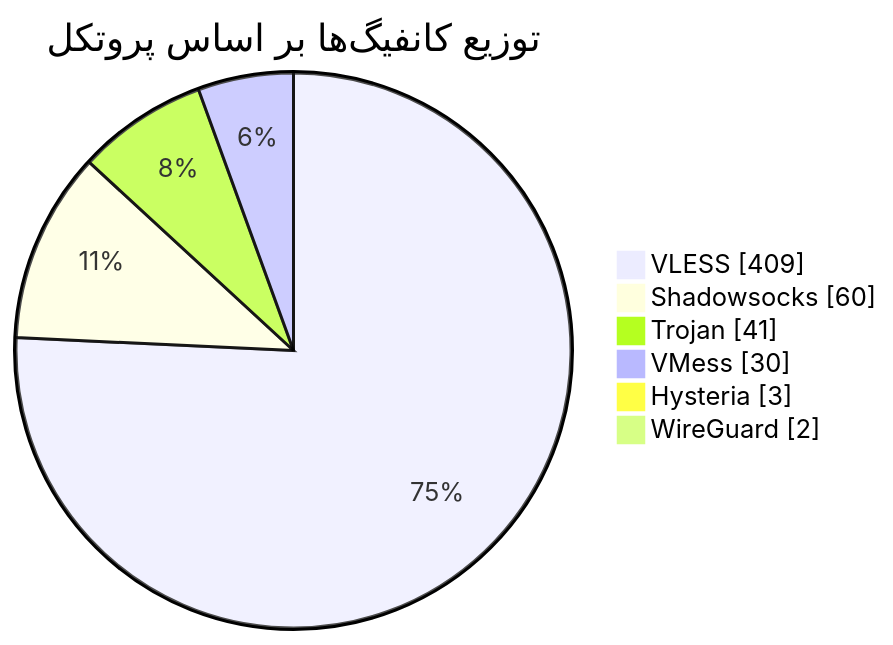
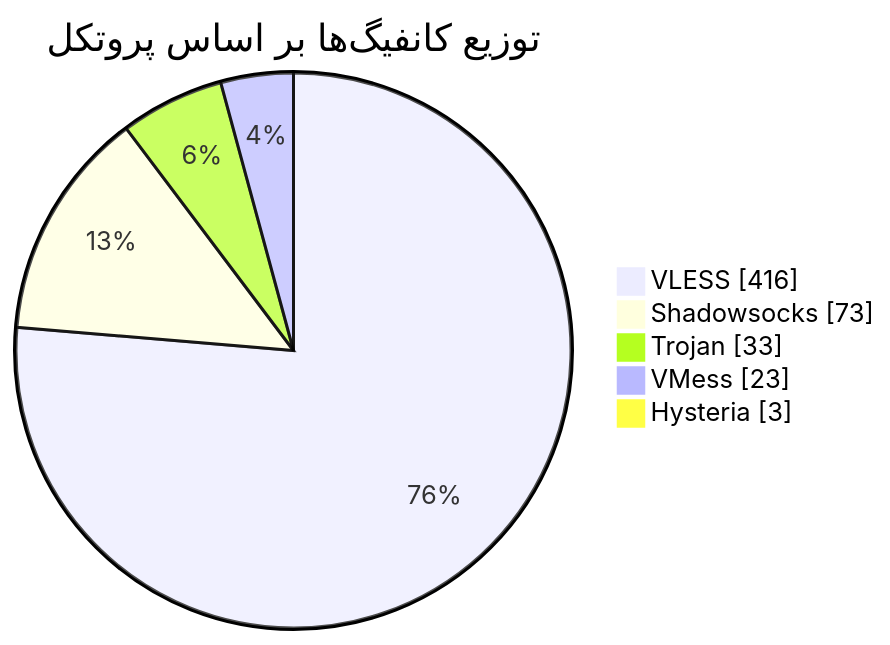
Before and after one commit to Arian-Alijani/Somthing: the diagram in README.md, drawn with Mermaid. The commit also changed other lines of this file and 85 other files, not shown here.

````diff
--- a/README.md
+++ b/README.md
@@ -48,10 +47,9 @@
 ```mermaid
 pie showData
     title توزیع کانفیگ‌ها بر اساس پروتکل
-    "VLESS" : 409
-    "Shadowsocks" : 60
-    "Trojan" : 41
-    "VMess" : 30
+    "VLESS" : 416
+    "Shadowsocks" : 73
+    "Trojan" : 33
+    "VMess" : 23
     "Hysteria" : 3
-    "WireGuard" : 2
 ```
````
